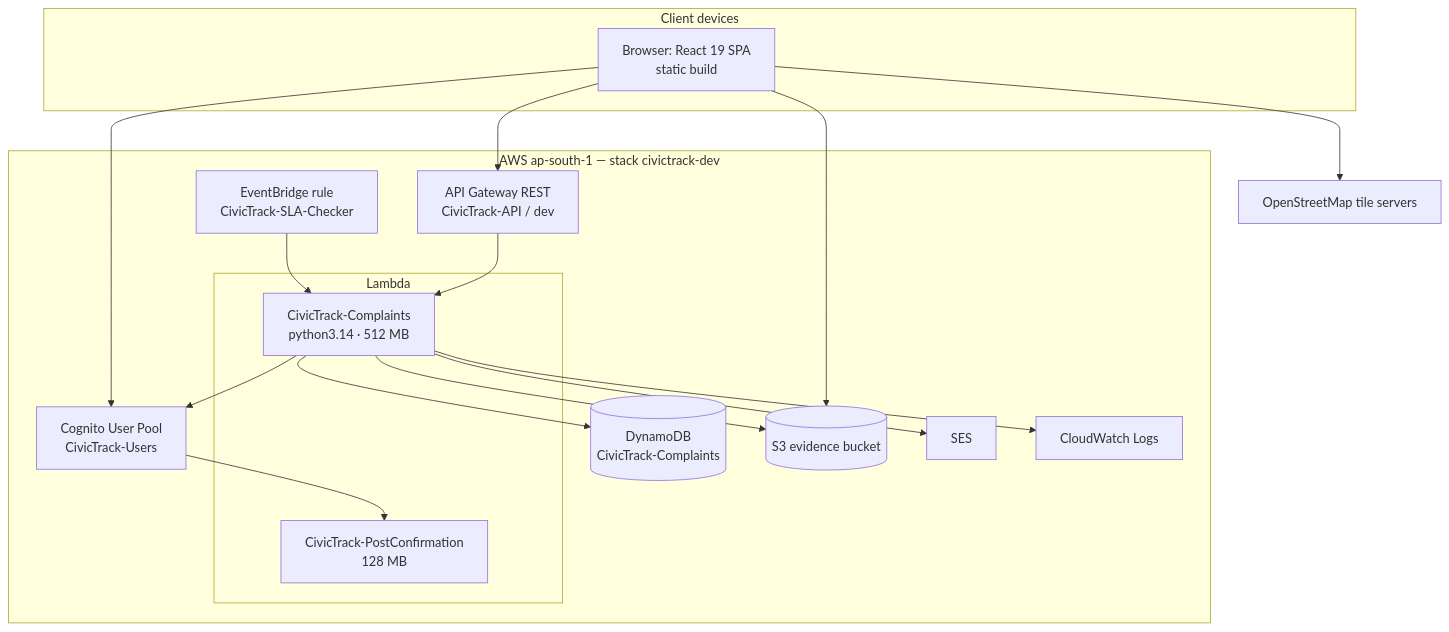
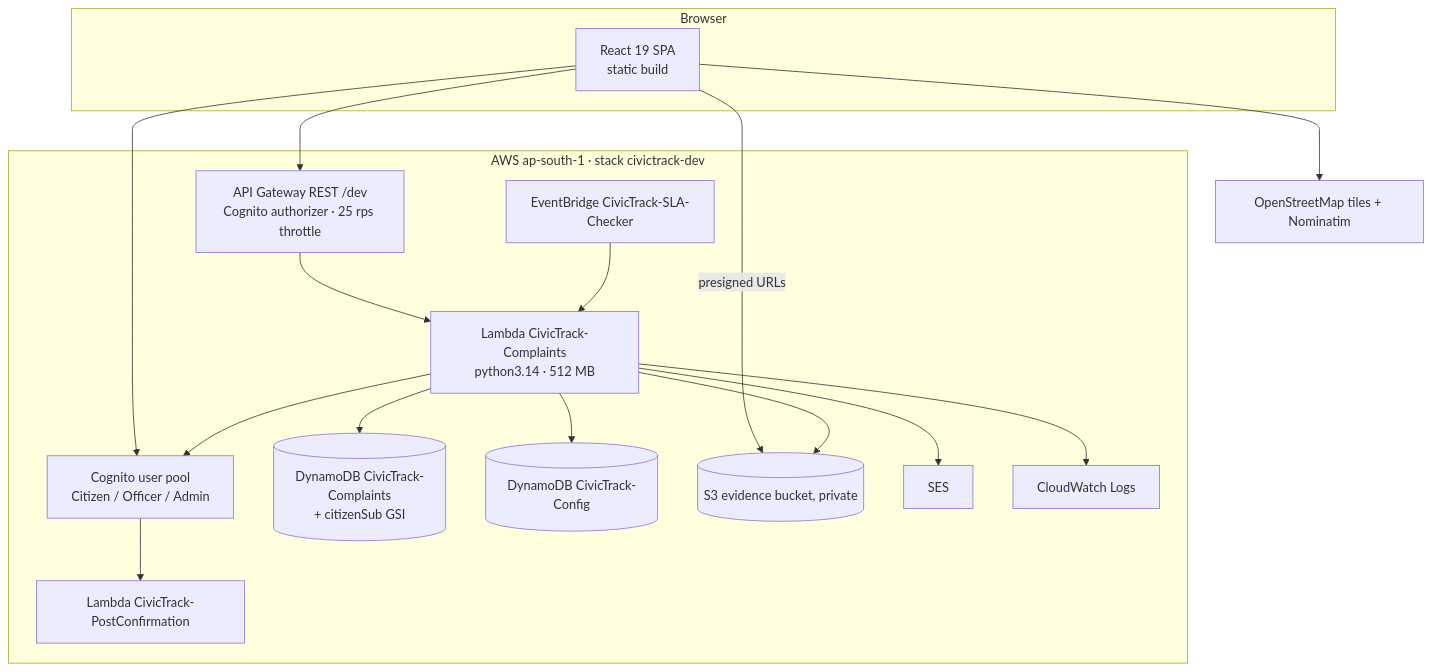
Before and after one commit to Yashwin2318/CivicTrack: the seventh of 10 diagrams in docs/UML_DIAGRAMS.md, drawn with Mermaid. The commit also changed other lines of this file and 58 other files, not shown here.

````diff
--- a/docs/UML_DIAGRAMS.md
+++ b/docs/UML_DIAGRAMS.md
@@ -236,27 +294,26 @@
 ```mermaid
 flowchart TB
-  subgraph Client["Client devices"]
-    BR[Browser: React 19 SPA<br/>static build]
+  subgraph Client["Browser"]
+    SPA[React 19 SPA<br/>static build]
   end
-  subgraph AWS["AWS ap-south-1 — stack civictrack-dev"]
-    COG[Cognito User Pool<br/>CivicTrack-Users]
-    APIGW[API Gateway REST<br/>CivicTrack-API / dev]
-    subgraph Lambda
-      LC[CivicTrack-Complaints<br/>python3.14 · 512 MB]
-      LP[CivicTrack-PostConfirmation<br/>128 MB]
-    end
-    EB[EventBridge rule<br/>CivicTrack-SLA-Checker]
-    DDB[(DynamoDB<br/>CivicTrack-Complaints)]
-    S3[(S3 evidence bucket)]
+  subgraph AWS["AWS ap-south-1 · stack civictrack-dev"]
+    COG[Cognito user pool<br/>Citizen / Officer / Admin]
+    APIGW[API Gateway REST /dev<br/>Cognito authorizer · 25 rps throttle]
+    LC[Lambda CivicTrack-Complaints<br/>python3.14 · 512 MB]
+    LP[Lambda CivicTrack-PostConfirmation]
+    EB[EventBridge CivicTrack-SLA-Checker]
+    DDB[(DynamoDB CivicTrack-Complaints<br/>+ citizenSub GSI)]
+    CFG[(DynamoDB CivicTrack-Config)]
+    S3[(S3 evidence bucket, private)]
     SES[SES]
     CW[CloudWatch Logs]
   end
-  OSM[OpenStreetMap tile servers]
-  BR --> COG
-  BR --> APIGW --> LC
-  BR --> S3
-  BR --> OSM
+  OSM[OpenStreetMap tiles + Nominatim]
+  SPA --> COG
+  SPA --> APIGW --> LC
+  SPA -- presigned URLs --> S3
+  SPA --> OSM
   COG --> LP
   EB --> LC
-  LC --> DDB & S3 & SES & COG & CW
+  LC --> DDB & CFG & S3 & SES & COG & CW
 ```
````
